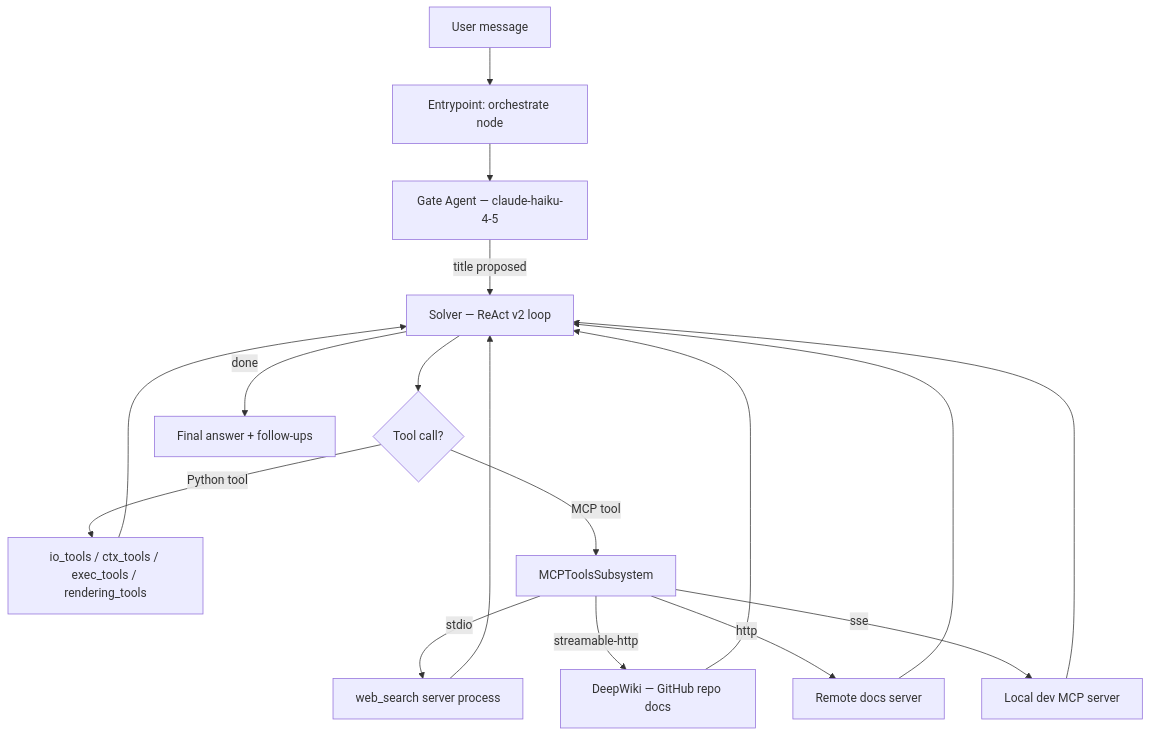
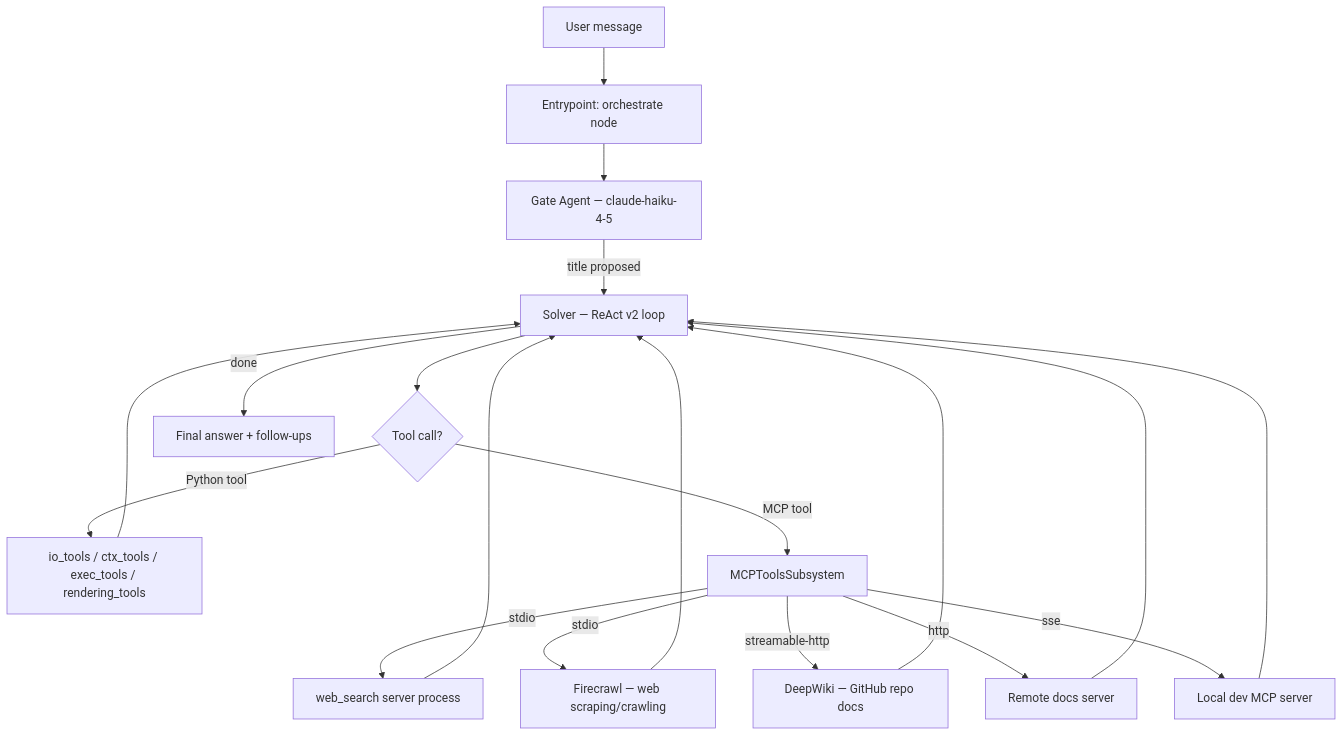
The diagram in app/ai-app/docs/sdk/bundle/react-mcp/react-mcp-README.md (elenaviter/kdcube-ai-app), drawn with Mermaid before and after one commit. The commit also changed other lines of this file and 3 other files, not shown here.

````diff
--- a/app/ai-app/docs/sdk/bundle/react-mcp/react-mcp-README.md
+++ b/app/ai-app/docs/sdk/bundle/react-mcp/react-mcp-README.md
@@ -48,23 +50,25 @@
 ```mermaid
 flowchart TD
     U[User message] --> E[Entrypoint: orchestrate node]
     E --> G[Gate Agent — claude-haiku-4-5]
     G -->|title proposed| S[Solver — ReAct v2 loop]
 
     S --> T{Tool call?}
     T -->|Python tool| PT[io_tools / ctx_tools / exec_tools / rendering_tools]
     T -->|MCP tool| MCP[MCPToolsSubsystem]
 
     MCP -->|stdio| STDIO[web_search server process]
+    MCP -->|stdio| FC[Firecrawl — web scraping/crawling]
     MCP -->|streamable-http| DW[DeepWiki — GitHub repo docs]
     MCP -->|http| HTTP[Remote docs server]
     MCP -->|sse| SSE[Local dev MCP server]
 
     PT --> S
     STDIO --> S
+    FC --> S
     DW --> S
     HTTP --> S
     SSE --> S
 
     S -->|done| A[Final answer + follow-ups]
 ```
````
